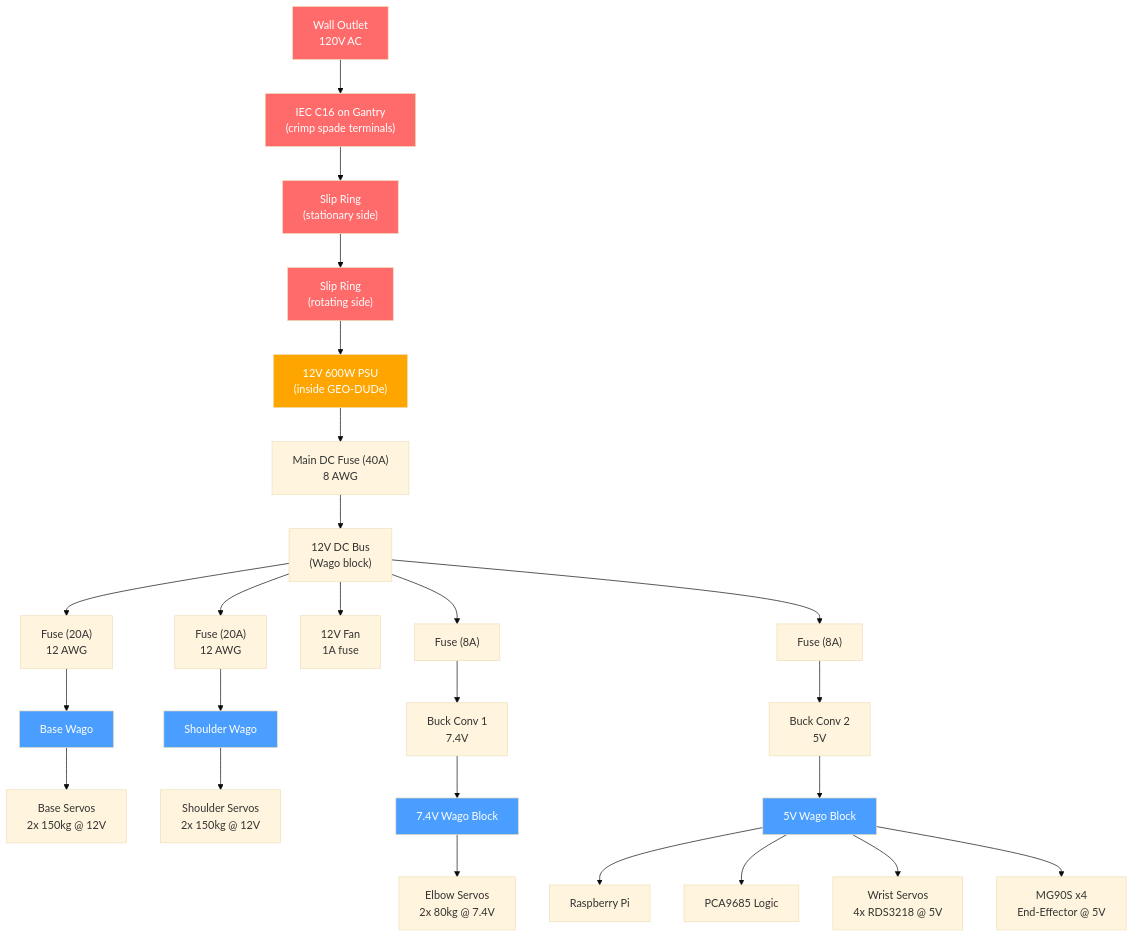
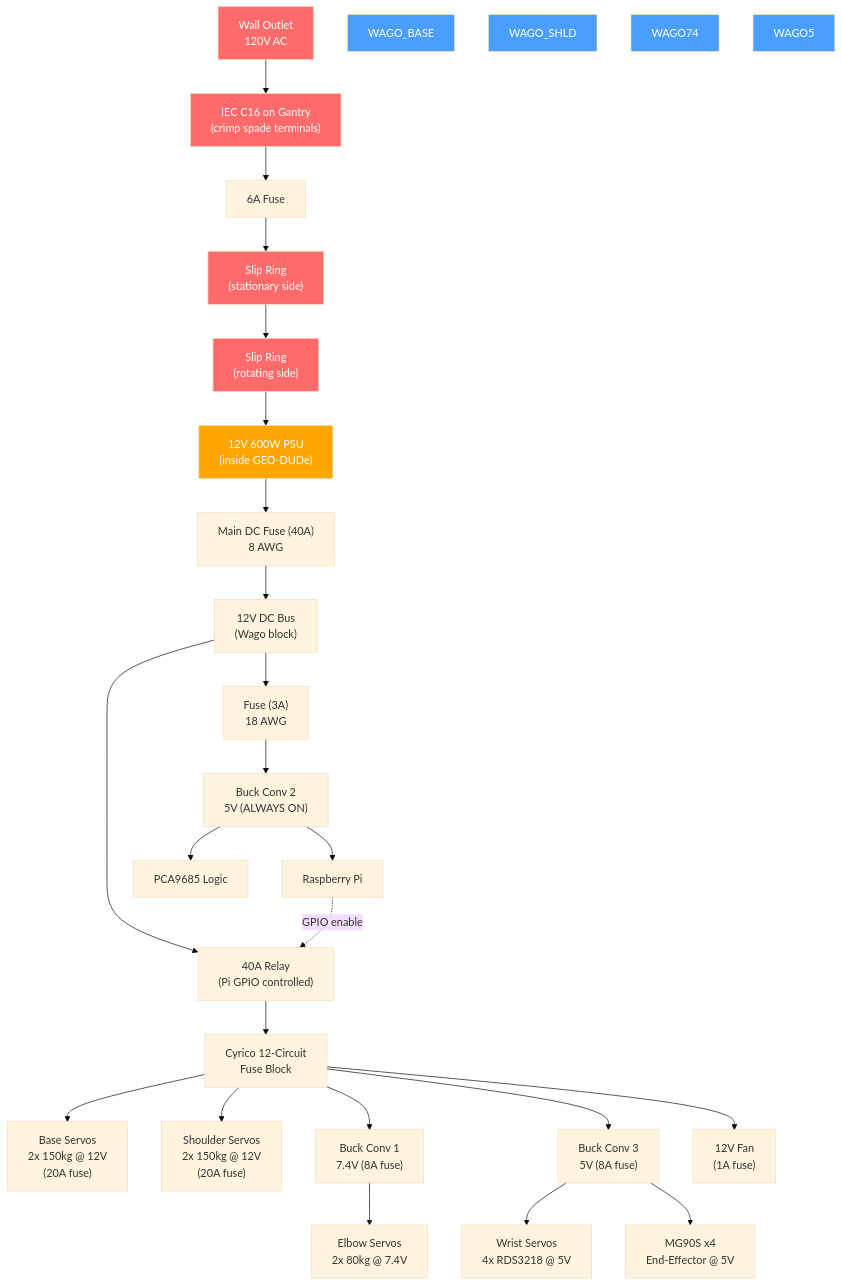
The first of 2 diagrams in docs/electrical/geodude/index.md (zeulewan/geodude-control), drawn with Mermaid (base theme) before and after one commit. The commit also changed other lines of this file and 4 other files, not shown here.

First line of the commit message:
Complete electrical audit: relay, buck 3, ESP32 pins, design notes

````diff
--- a/docs/electrical/geodude/index.md
+++ b/docs/electrical/geodude/index.md
@@ -200,39 +227,37 @@
 ```mermaid
 graph TD
     WALL["Wall Outlet<br/>120V AC"] --> IEC["IEC C16 on Gantry<br/>(crimp spade terminals)"]
-    IEC --> SLIP_IN["Slip Ring<br/>(stationary side)"]
+    IEC --> FUSE_AC["6A Fuse"] --> SLIP_IN["Slip Ring<br/>(stationary side)"]
     SLIP_IN --> SLIP_OUT["Slip Ring<br/>(rotating side)"]
     SLIP_OUT --> PSU["12V 600W PSU<br/>(inside GEO-DUDe)"]
 
     PSU --> F_MAIN["Main DC Fuse (40A)<br/>8 AWG"]
     F_MAIN --> BUS["12V DC Bus<br/>(Wago block)"]
 
-    BUS --> F_BASE["Fuse (20A)<br/>12 AWG"] --> WAGO_BASE["Base Wago"]
-    WAGO_BASE --> BASE["Base Servos<br/>2x 150kg @ 12V"]
+    BUS --> F_5V["Fuse (3A)<br/>18 AWG"] --> BUCK2["Buck Conv 2<br/>5V (ALWAYS ON)"]
+    BUCK2 --> PI["Raspberry Pi"]
+    BUCK2 --> PCA["PCA9685 Logic"]
 
-    BUS --> F_SHLD["Fuse (20A)<br/>12 AWG"] --> WAGO_SHLD["Shoulder Wago"]
-    WAGO_SHLD --> SHOULDER["Shoulder Servos<br/>2x 150kg @ 12V"]
+    BUS --> RELAY["40A Relay<br/>(Pi GPIO controlled)"]
+    PI -.->|"GPIO enable"| RELAY
 
-    BUS --> FAN["12V Fan<br/>1A fuse"]
-
-    BUS --> F_ELBOW["Fuse (8A)"] --> BUCK1["Buck Conv 1<br/>7.4V"]
-    BUCK1 --> WAGO74["7.4V Wago Block"]
-    WAGO74 --> ELBOW["Elbow Servos<br/>2x 80kg @ 7.4V"]
-
-    BUS --> F_5V["Fuse (8A)"] --> BUCK2["Buck Conv 2<br/>5V"]
-    BUCK2 --> WAGO5["5V Wago Block"]
-    WAGO5 --> PI["Raspberry Pi"]
-    WAGO5 --> PCA["PCA9685 Logic"]
-    WAGO5 --> WRIST["Wrist Servos<br/>4x RDS3218 @ 5V"]
-    WAGO5 --> MG90["MG90S x4<br/>End-Effector @ 5V"]
+    RELAY --> FUSE_BLK["Cyrico 12-Circuit<br/>Fuse Block"]
+    FUSE_BLK --> BASE["Base Servos<br/>2x 150kg @ 12V<br/>(20A fuse)"]
+    FUSE_BLK --> SHOULDER["Shoulder Servos<br/>2x 150kg @ 12V<br/>(20A fuse)"]
+    FUSE_BLK --> BUCK1["Buck Conv 1<br/>7.4V (8A fuse)"]
+    BUCK1 --> ELBOW["Elbow Servos<br/>2x 80kg @ 7.4V"]
+    FUSE_BLK --> BUCK3["Buck Conv 3<br/>5V (8A fuse)"]
+    BUCK3 --> WRIST["Wrist Servos<br/>4x RDS3218 @ 5V"]
+    BUCK3 --> MG90["MG90S x4<br/>End-Effector @ 5V"]
+    FUSE_BLK --> FAN["12V Fan<br/>(1A fuse)"]
 
     style WALL fill:#ff6b6b,color:#fff
     style SLIP_IN fill:#ff6b6b,color:#fff
     style SLIP_OUT fill:#ff6b6b,color:#fff
     style IEC fill:#ff6b6b,color:#fff
     style PSU fill:#ffa500,color:#fff
     style WAGO_BASE fill:#4a9eff,color:#fff
     style WAGO_SHLD fill:#4a9eff,color:#fff
     style WAGO74 fill:#4a9eff,color:#fff
     style WAGO5 fill:#4a9eff,color:#fff
 ```
````
